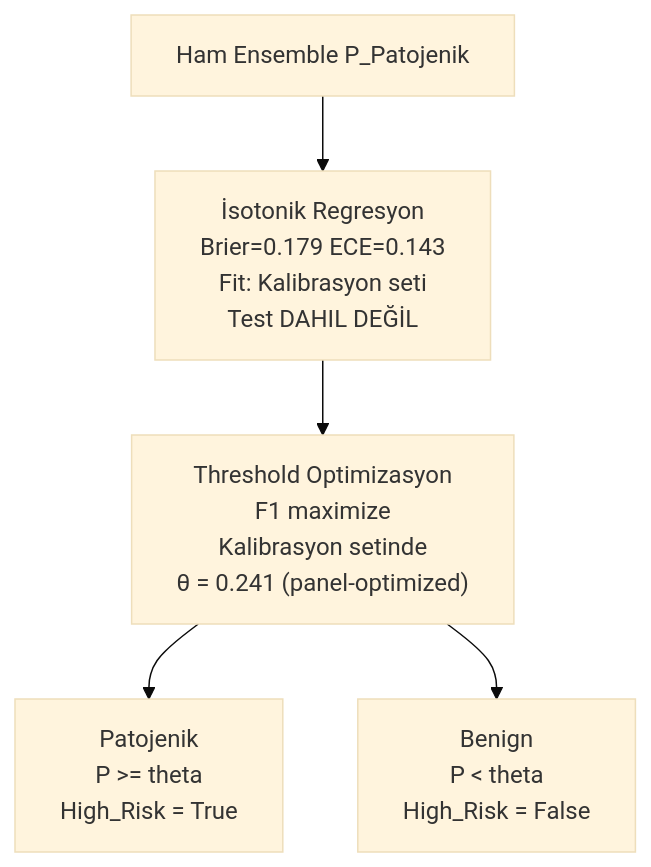
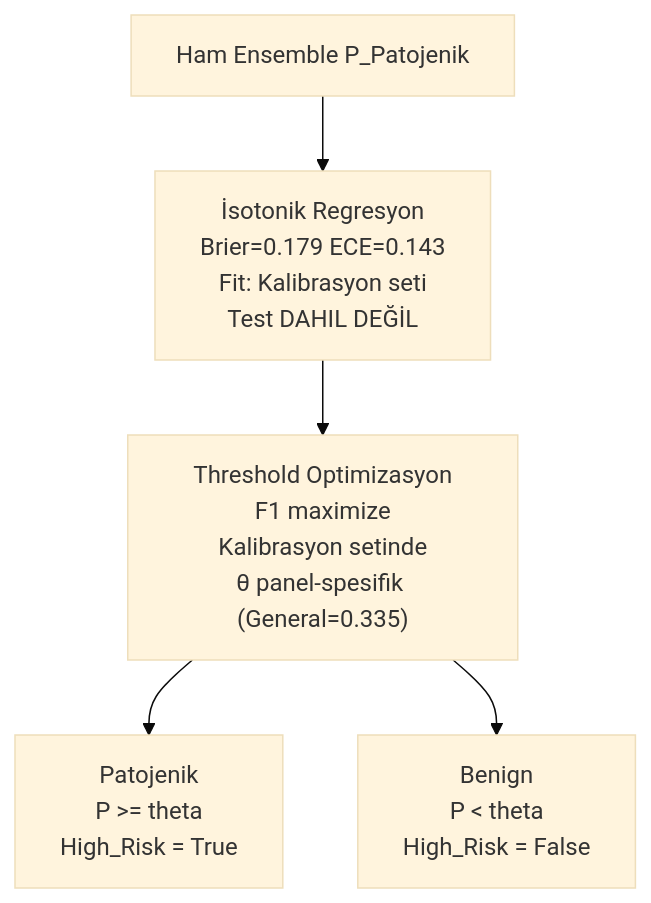
Diagram 14 of 16 in README.md (msgxr/VARIANT-GNN), drawn with Mermaid (base theme) before and after one commit. The commit also changed other lines of this file and 38 other files, not shown here.

````diff
--- a/README.md
+++ b/README.md
@@ -712,12 +713,12 @@
 ```mermaid
 flowchart TD
     R["Ham Ensemble P_Patojenik"]
     ISO["İsotonik Regresyon\nBrier=0.179  ECE=0.143\nFit: Kalibrasyon seti\nTest DAHIL DEĞİL"]
-    TH["Threshold Optimizasyon\nF1 maximize\nKalibrasyon setinde\nθ = 0.241 (panel-optimized)"]
+    TH["Threshold Optimizasyon\nF1 maximize\nKalibrasyon setinde\nθ panel-spesifik (General=0.335)"]
     PAT["Patojenik\nP >= theta\nHigh_Risk = True"]
     BEN["Benign\nP < theta\nHigh_Risk = False"]
 
     R --> ISO --> TH
     TH --> PAT
     TH --> BEN
 ```
````
